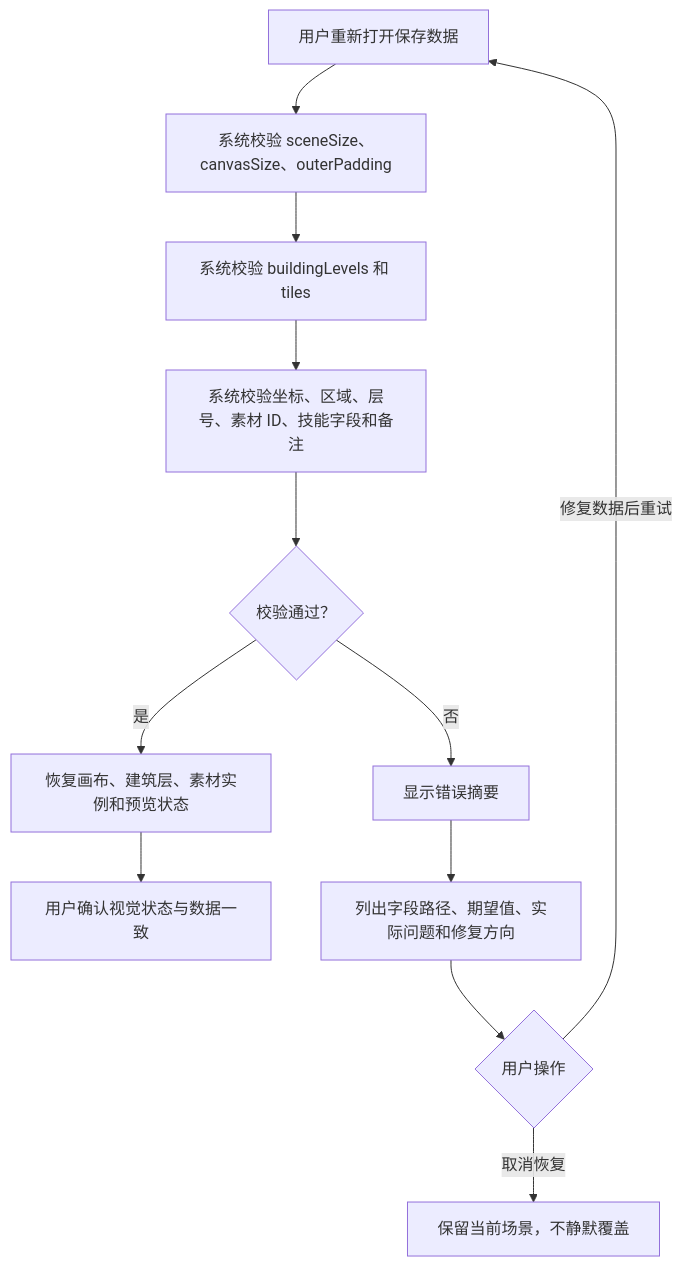
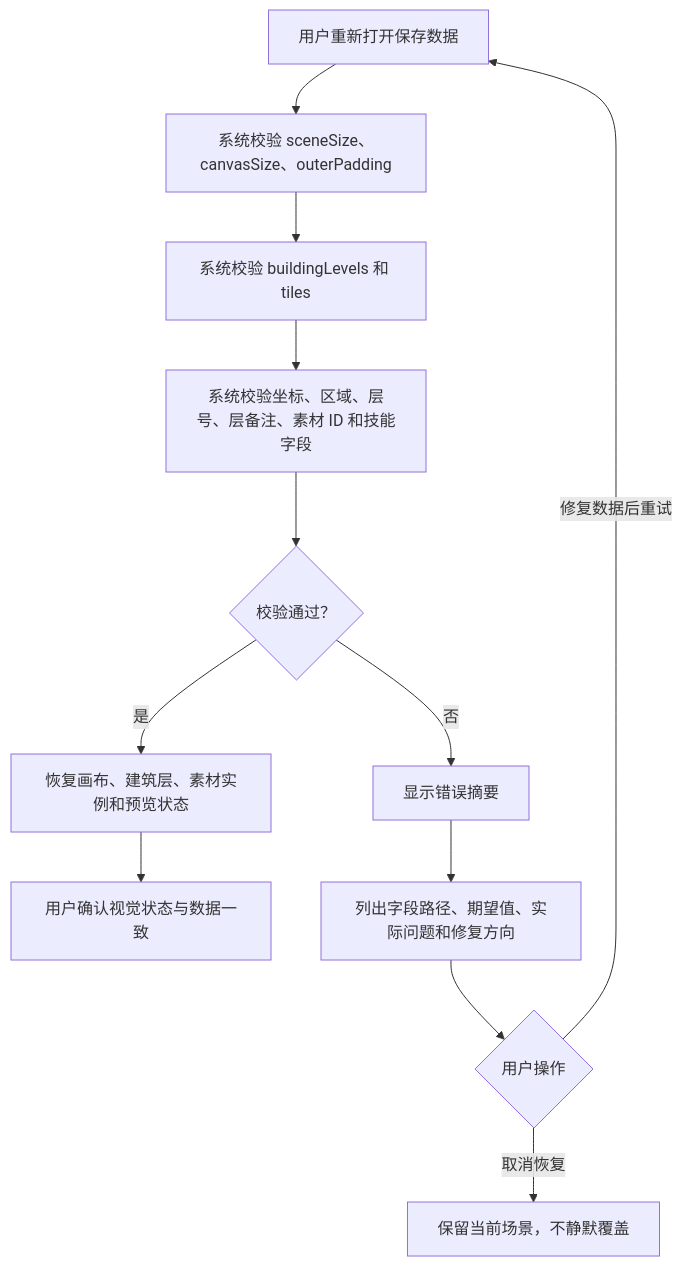
The fourth of 4 diagrams in _bmad-output/planning-artifacts/ux-design-specification.md (grigri201/pokopia-scene-editor), drawn with Mermaid before and after one commit. The commit also changed other lines of this file and 5 other files, not shown here.

````diff
--- a/_bmad-output/planning-artifacts/ux-design-specification.md
+++ b/_bmad-output/planning-artifacts/ux-design-specification.md
@@ -462,14 +468,14 @@
 ```mermaid
 flowchart TD
   A["用户重新打开保存数据"] --> B["系统校验 sceneSize、canvasSize、outerPadding"]
   B --> C["系统校验 buildingLevels 和 tiles"]
-  C --> D["系统校验坐标、区域、层号、素材 ID、技能字段和备注"]
+  C --> D["系统校验坐标、区域、层号、层备注、素材 ID 和技能字段"]
   D --> E{"校验通过？"}
   E -- "是" --> F["恢复画布、建筑层、素材实例和预览状态"]
   F --> G["用户确认视觉状态与数据一致"]
   E -- "否" --> H["显示错误摘要"]
   H --> I["列出字段路径、期望值、实际问题和修复方向"]
   I --> J{"用户操作"}
   J -- "修复数据后重试" --> A
   J -- "取消恢复" --> K["保留当前场景，不静默覆盖"]
 ```
````
